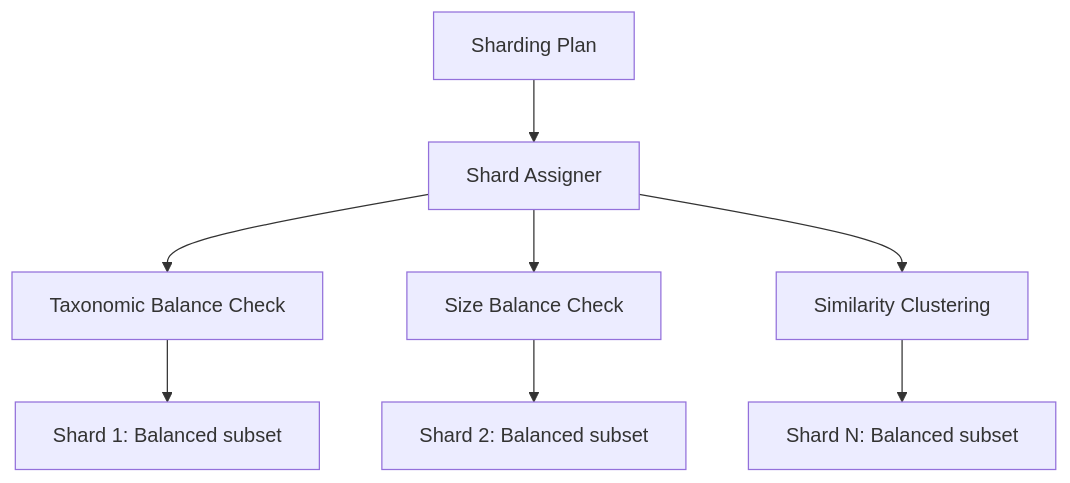
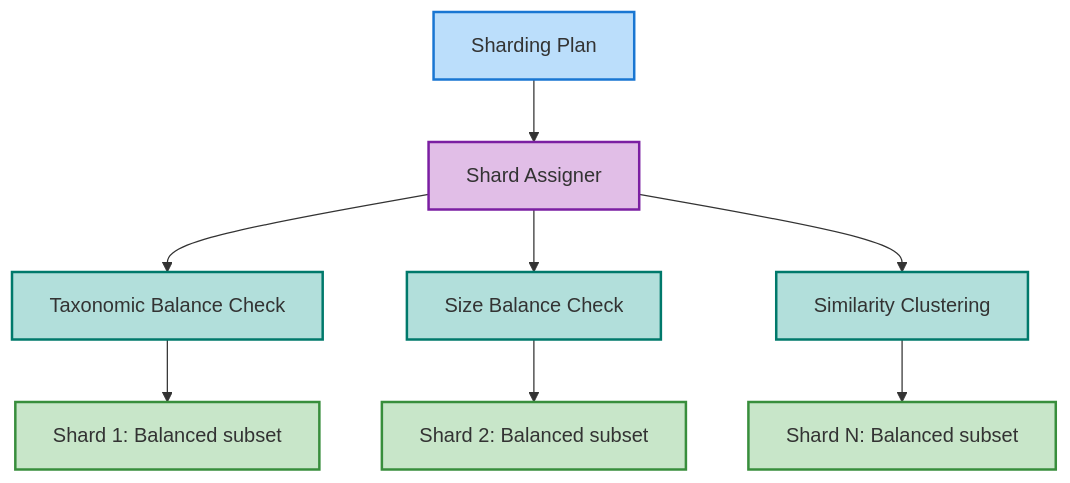
The second of 3 diagrams in docs/src/advanced/distributed-processing.md (bfowle/talaria), drawn with Mermaid before and after one commit. The commit also changed other lines of this file and 104 other files, not shown here.

Commit message:
feat: implement content-addressed storage graph (CASG) foundation

````diff
--- a/docs/src/advanced/distributed-processing.md
+++ b/docs/src/advanced/distributed-processing.md
@@ -88,10 +96,19 @@
 ```mermaid
 graph TD
     A[Sharding Plan] --> B[Shard Assigner]
     B --> C[Taxonomic Balance Check]
     B --> D[Size Balance Check]
     B --> E[Similarity Clustering]
     C --> F[Shard 1: Balanced subset]
     D --> G[Shard 2: Balanced subset]
     E --> H[Shard N: Balanced subset]
+
+    style A stroke:#1976d2,stroke-width:2px,fill:#bbdefb
+    style B stroke:#7b1fa2,stroke-width:2px,fill:#e1bee7
+    style C stroke:#00796b,stroke-width:2px,fill:#b2dfdb
+    style D stroke:#00796b,stroke-width:2px,fill:#b2dfdb
+    style E stroke:#00796b,stroke-width:2px,fill:#b2dfdb
+    style F stroke:#388e3c,stroke-width:2px,fill:#c8e6c9
+    style G stroke:#388e3c,stroke-width:2px,fill:#c8e6c9
+    style H stroke:#388e3c,stroke-width:2px,fill:#c8e6c9
 ```
````
